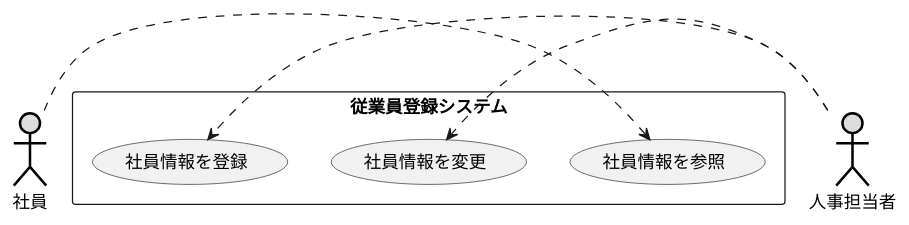
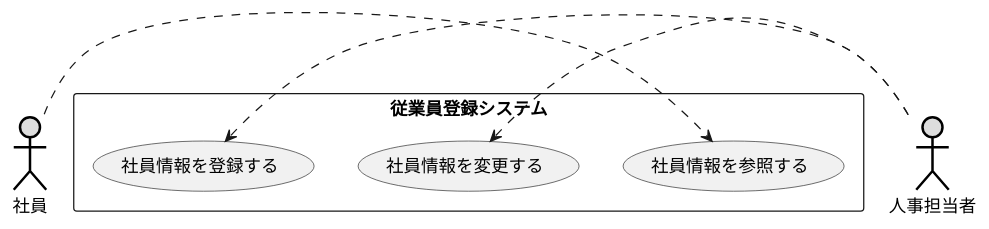
The diagram in 演習2-6_盛岡システム_従業員登録システム.pu (kaburiba/uml-introduction), drawn with PlantUML before and after one commit. The commit also changed 1 other file, not shown here.

```diff
--- a/演習2-6_盛岡システム_従業員登録システム.pu
+++ b/演習2-6_盛岡システム_従業員登録システム.pu
@@ -1,16 +1,16 @@
 @startuml ユースケース図
 actor 人事担当者 #DDDDDD;line:black;line.bold;
 actor 社員 #DDDDDD;line:black;line.bold;
 
 rectangle 従業員登録システム{
-    usecase 社員情報を変更
-    usecase 社員情報を登録
-    usecase 社員情報を参照
+    usecase 社員情報を変更する
+    usecase 社員情報を登録する
+    usecase 社員情報を参照する
     
 
 }
-社員.>社員情報を参照
-    人事担当者.>社員情報を変更
-    人事担当者.>社員情報を登録
+社員.>社員情報を参照する
+    人事担当者.>社員情報を変更する
+    人事担当者.>社員情報を登録する
 
 @enduml
```
